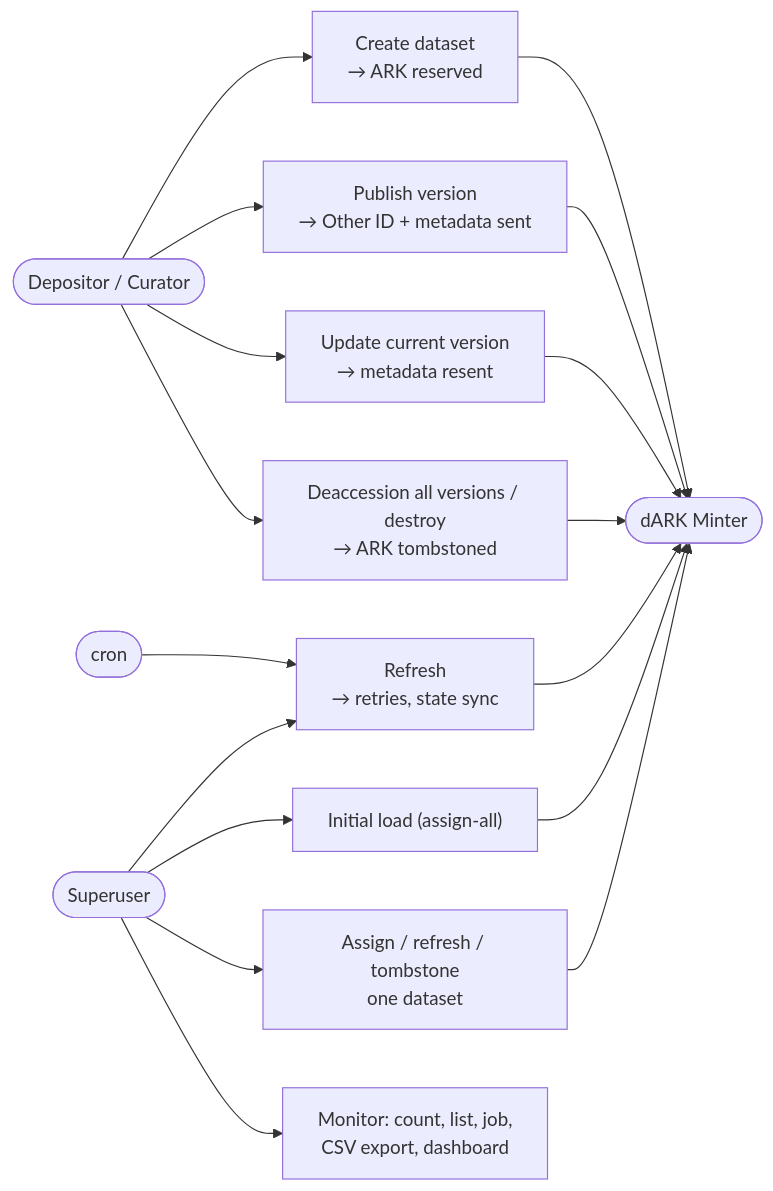
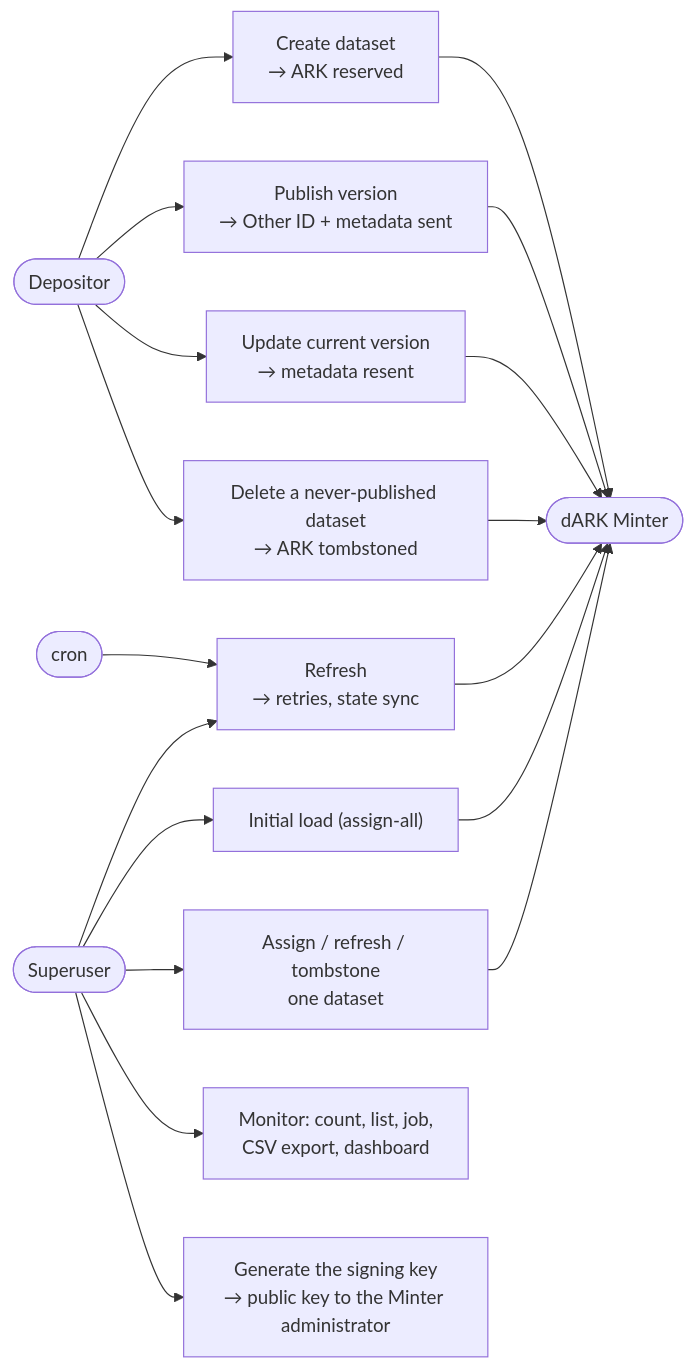
One commit to LA-Referencia-IOI/dataverse changed the second of 4 diagrams in doc/dark/implementation.md. Above: the diagram before and after it, drawn with Mermaid. The commit also changed other lines of this file and 38 other files, not shown here.

````diff
--- a/doc/dark/implementation.md
+++ b/doc/dark/implementation.md
@@ -59,21 +65,22 @@
 ```mermaid
 flowchart LR
-    DEP(["Depositor / Curator"])
+    DEP(["Depositor"])
     SU(["Superuser"])
     CRON(["cron"])
     MINTER(["dARK Minter"])
 
     UC1["Create dataset<br/>→ ARK reserved"]
     UC2["Publish version<br/>→ Other ID + metadata sent"]
     UC3["Update current version<br/>→ metadata resent"]
-    UC4["Deaccession all versions / destroy<br/>→ ARK tombstoned"]
+    UC4["Delete a never-published dataset<br/>→ ARK tombstoned"]
     UC5["Refresh<br/>→ retries, state sync"]
     UC6["Initial load (assign-all)"]
     UC7["Assign / refresh / tombstone<br/>one dataset"]
     UC8["Monitor: count, list, job,<br/>CSV export, dashboard"]
+    UC9["Generate the signing key<br/>→ public key to the Minter administrator"]
 
     DEP --> UC1 & UC2 & UC3 & UC4
     CRON --> UC5
-    SU --> UC5 & UC6 & UC7 & UC8
+    SU --> UC5 & UC6 & UC7 & UC8 & UC9
     UC1 & UC2 & UC3 & UC4 & UC5 & UC6 & UC7 --> MINTER
 ```
````
